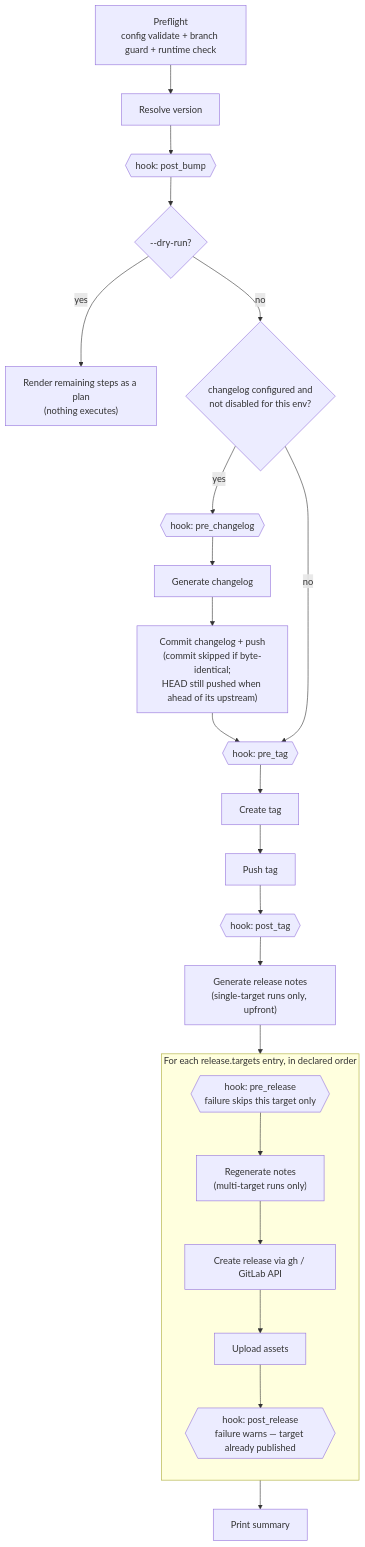
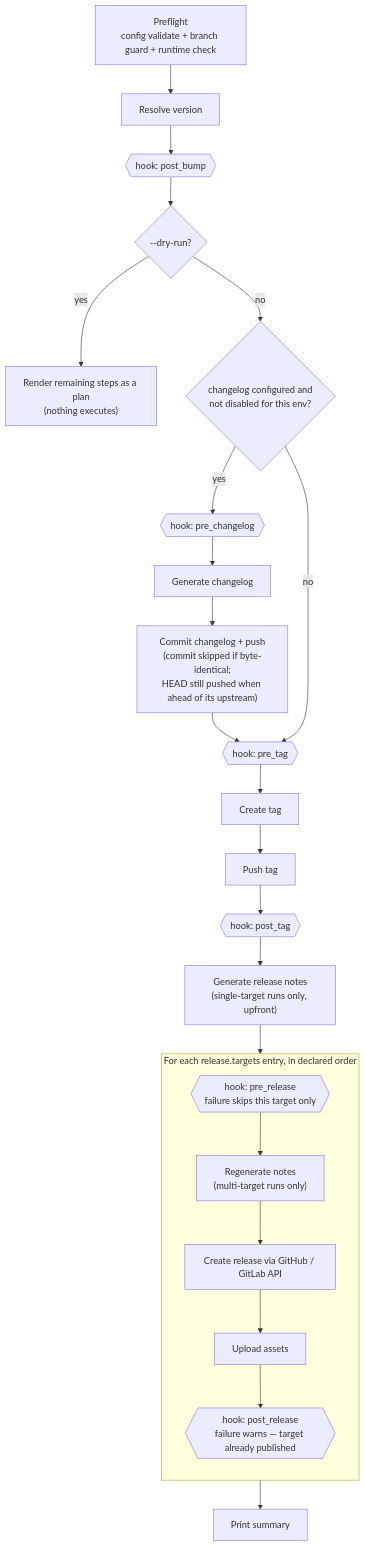
Before and after one commit to adaouat/heraut: the first of 2 diagrams in docs/guides/release-pipeline-and-hooks.md, drawn with Mermaid. The commit also changed 14 other files, not shown here.

````diff
--- a/docs/guides/release-pipeline-and-hooks.md
+++ b/docs/guides/release-pipeline-and-hooks.md
@@ -14,26 +14,26 @@
 ```mermaid
 flowchart TD
     A["Preflight<br/>config validate + branch guard + runtime check"] --> B["Resolve version"]
     B --> H1{{"hook: post_bump"}}
     H1 --> C{"--dry-run?"}
     C -- yes --> DR["Render remaining steps as a plan<br/>(nothing executes)"]
     C -- no --> D{"changelog configured and<br/>not disabled for this env?"}
     D -- yes --> H2{{"hook: pre_changelog"}}
     H2 --> E["Generate changelog"]
     E --> F["Commit changelog + push<br/>(commit skipped if byte-identical;<br/>HEAD still pushed when ahead of its upstream)"]
     F --> H3{{"hook: pre_tag"}}
     D -- no --> H3
     H3 --> G["Create tag"]
     G --> I["Push tag"]
     I --> H4{{"hook: post_tag"}}
     H4 --> J["Generate release notes<br/>(single-target runs only, upfront)"]
     J --> T
     subgraph T["For each release.targets entry, in declared order"]
         direction TB
         H5{{"hook: pre_release<br/>failure skips this target only"}} --> K["Regenerate notes<br/>(multi-target runs only)"]
-        K --> L["Create release via gh / GitLab API"]
+        K --> L["Create release via GitHub / GitLab API"]
         L --> M["Upload assets"]
         M --> H6{{"hook: post_release<br/>failure warns — target already published"}}
     end
     T --> N["Print summary"]
 ```
````
